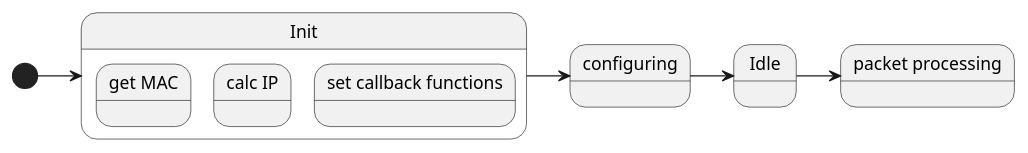
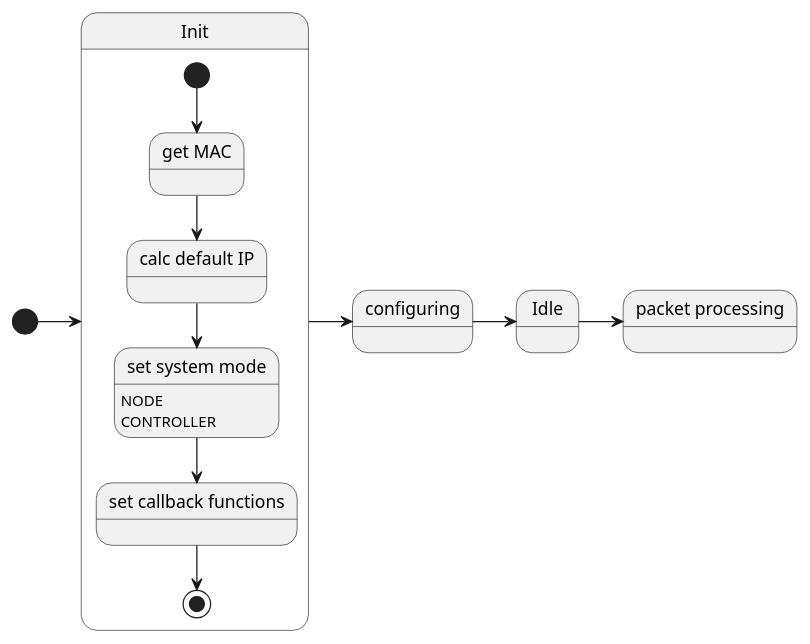
Before and after one commit to BrokuLP/Artnet: the diagram in architecture/StateDiagram.plantuml, drawn with PlantUML.

Commit message:
finished draft of systeminit

```diff
--- a/architecture/StateDiagram.plantuml
+++ b/architecture/StateDiagram.plantuml
@@ -1,25 +1,33 @@
 @startuml StateDiagramm
 state "Init" as systemInit{
     state "get MAC" as sysinit_getmac
-    state "calc IP" as sysinit_calcip
+    state "calc default IP" as sysinit_calcdefip
     state "set callback functions" as sysinit_setcbfunc
+    state "set system mode" as sysinit_setsysmode
+    sysinit_setsysmode : NODE 
+    sysinit_setsysmode : CONTROLLER
 
+    [*] -d-> sysinit_getmac
+    sysinit_getmac -d-> sysinit_calcdefip
+    sysinit_calcdefip -d-> sysinit_setsysmode
+    sysinit_setsysmode -d-> sysinit_setcbfunc
+    sysinit_setcbfunc -d-> [*]
 }
 state "Idle" as systemIdle{
 
 }
 state "packet processing" as packetProc{
 
 }
 state "configuring" as systemConf{
 
 }
 
 [*]  -> systemInit
 systemInit -> systemConf
 systemConf -> systemIdle
 systemIdle -> packetProc
 
 
 
 @enduml
```
